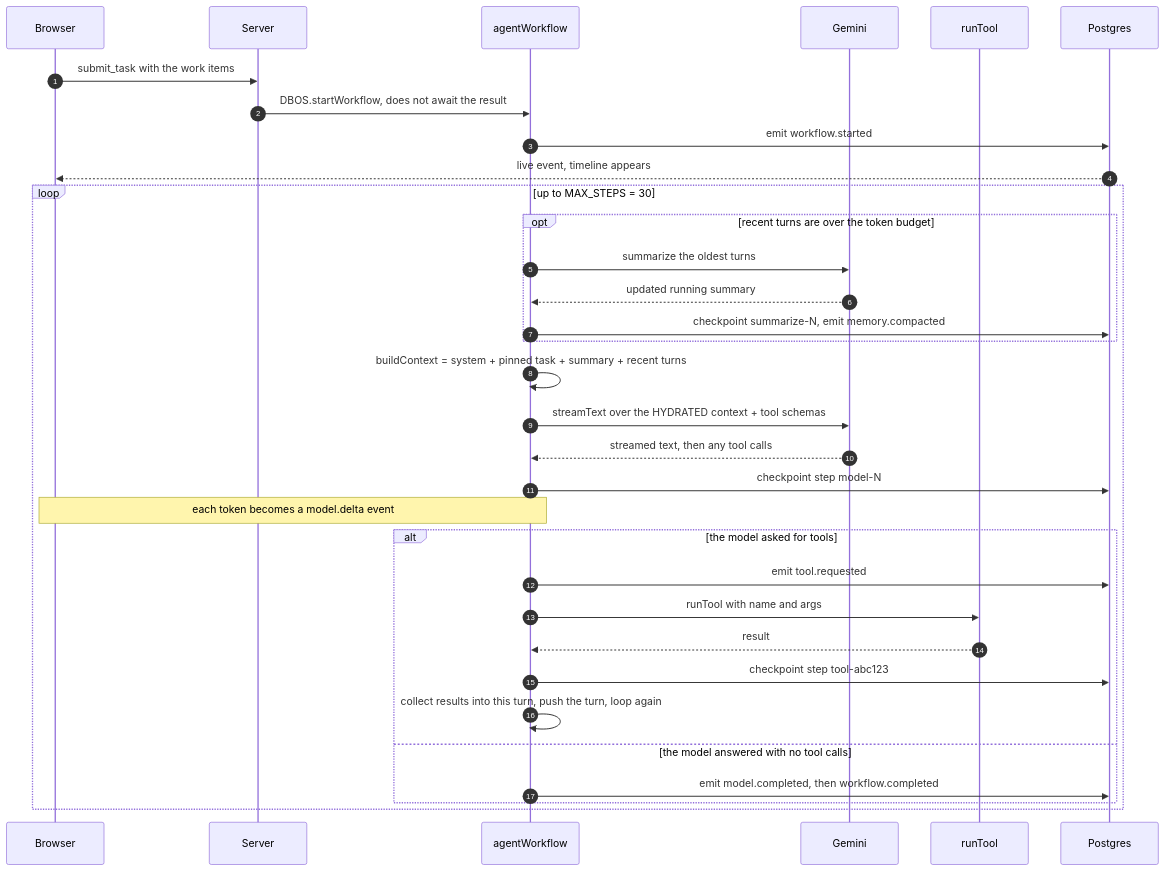
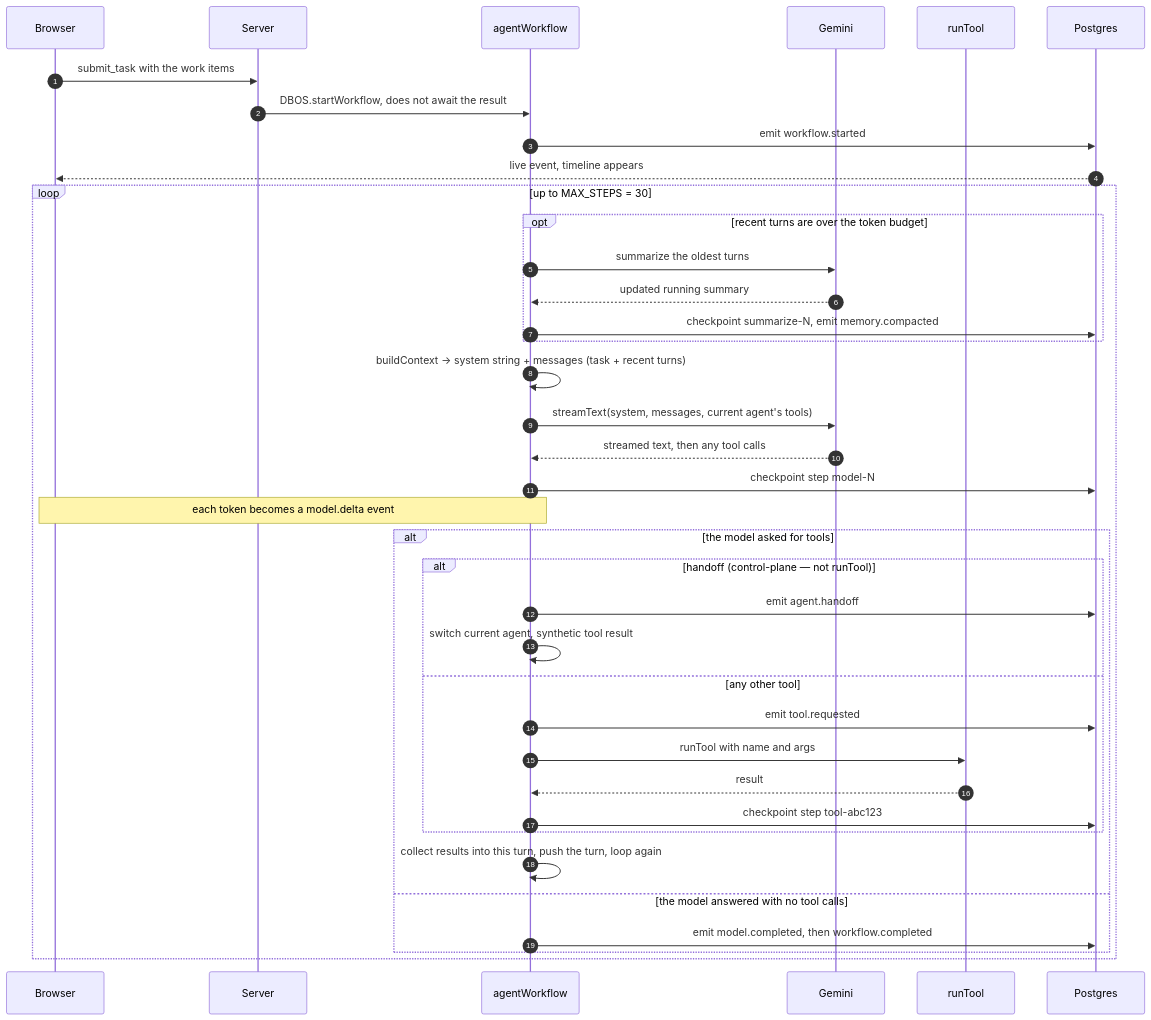
The second of 7 diagrams in ARCHITECTURE.md (ATakaSKY/harness-learning), drawn with Mermaid before and after one commit. The commit also changed other lines of this file, not shown here.

First line of the commit message:
docs: update ARCHITECTURE for L5 handoffs and Gemini hydration.

````diff
--- a/ARCHITECTURE.md
+++ b/ARCHITECTURE.md
@@ -85,39 +87,44 @@
 ```mermaid
 sequenceDiagram
     autonumber
     participant U as Browser
     participant S as Server
     participant W as agentWorkflow
     participant M as Gemini
     participant T as runTool
     participant DB as Postgres
 
     U->>S: submit_task with the work items
     S->>W: DBOS.startWorkflow, does not await the result
     W->>DB: emit workflow.started
     DB-->>U: live event, timeline appears
 
     loop up to MAX_STEPS = 30
         opt recent turns are over the token budget
             W->>M: summarize the oldest turns
             M-->>W: updated running summary
             W->>DB: checkpoint summarize-N, emit memory.compacted
         end
 
-        W->>W: buildContext = system + pinned task + summary + recent turns
-        W->>M: streamText over the HYDRATED context + tool schemas
+        W->>W: buildContext → system string + messages (task + recent turns)
+        W->>M: streamText(system, messages, current agent's tools)
         M-->>W: streamed text, then any tool calls
         W->>DB: checkpoint step model-N
         Note over W,U: each token becomes a model.delta event
 
         alt the model asked for tools
-            W->>DB: emit tool.requested
-            W->>T: runTool with name and args
-            T-->>W: result
-            W->>DB: checkpoint step tool-abc123
+            alt handoff (control-plane — not runTool)
+                W->>DB: emit agent.handoff
+                W->>W: switch current agent, synthetic tool result
+            else any other tool
+                W->>DB: emit tool.requested
+                W->>T: runTool with name and args
+                T-->>W: result
+                W->>DB: checkpoint step tool-abc123
+            end
             W->>W: collect results into this turn, push the turn, loop again
         else the model answered with no tool calls
             W->>DB: emit model.completed, then workflow.completed
         end
     end
 ```
````
